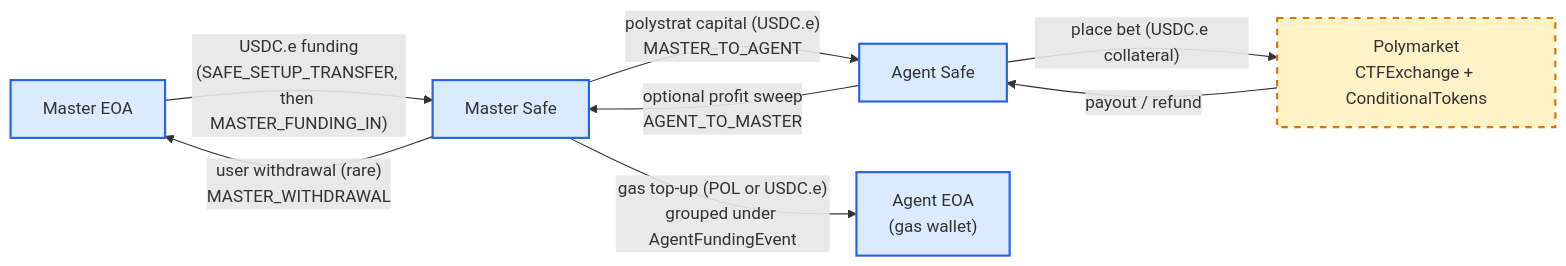
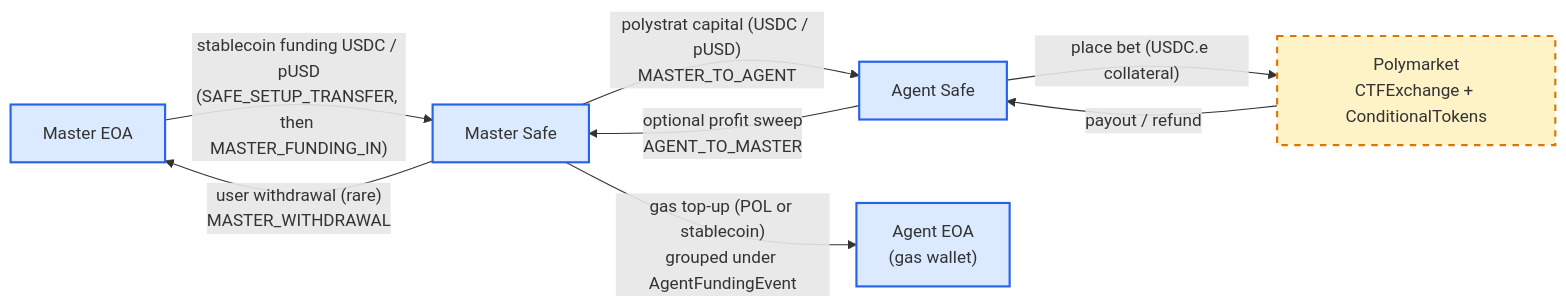
Before and after one commit to valory-xyz/autonolas-subgraph-studio: the third of 3 diagrams in subgraphs/pearl-funds/IMPLEMENTATION-PLAN.md, drawn with Mermaid. The commit also changed other lines of this file, not shown here.

First line of the commit message:
docs(pearl-funds): Rev. 7 — fix two stale USDC.e references (review #139)

````diff
--- a/subgraphs/pearl-funds/IMPLEMENTATION-PLAN.md
+++ b/subgraphs/pearl-funds/IMPLEMENTATION-PLAN.md
@@ -489,21 +492,21 @@
 ```mermaid
 flowchart LR
     MEOA["Master EOA"]
     MSAFE["Master Safe"]
     ASAFE["Agent Safe"]
     AEOA["Agent EOA<br/>(gas wallet)"]
     POLY["Polymarket<br/>CTFExchange + ConditionalTokens"]
 
-    MEOA -->|"USDC.e funding<br/>(SAFE_SETUP_TRANSFER, then MASTER_FUNDING_IN)"| MSAFE
-    MSAFE -->|"polystrat capital (USDC.e)<br/>MASTER_TO_AGENT"| ASAFE
-    MSAFE -->|"gas top-up (POL or USDC.e)<br/>grouped under AgentFundingEvent"| AEOA
+    MEOA -->|"stablecoin funding USDC / pUSD<br/>(SAFE_SETUP_TRANSFER, then MASTER_FUNDING_IN)"| MSAFE
+    MSAFE -->|"polystrat capital (USDC / pUSD)<br/>MASTER_TO_AGENT"| ASAFE
+    MSAFE -->|"gas top-up (POL or stablecoin)<br/>grouped under AgentFundingEvent"| AEOA
     ASAFE -->|"place bet (USDC.e collateral)"| POLY
     POLY -->|"payout / refund"| ASAFE
     ASAFE -->|"optional profit sweep<br/>AGENT_TO_MASTER"| MSAFE
     MSAFE -->|"user withdrawal (rare)<br/>MASTER_WITHDRAWAL"| MEOA
 
     classDef tracked fill:#dbeafe,stroke:#2563eb,stroke-width:2px
     classDef predictSubgraph fill:#fef3c7,stroke:#d97706,stroke-width:2px,stroke-dasharray:6
     class MEOA,MSAFE,ASAFE,AEOA tracked
     class POLY predictSubgraph
 ```
````
